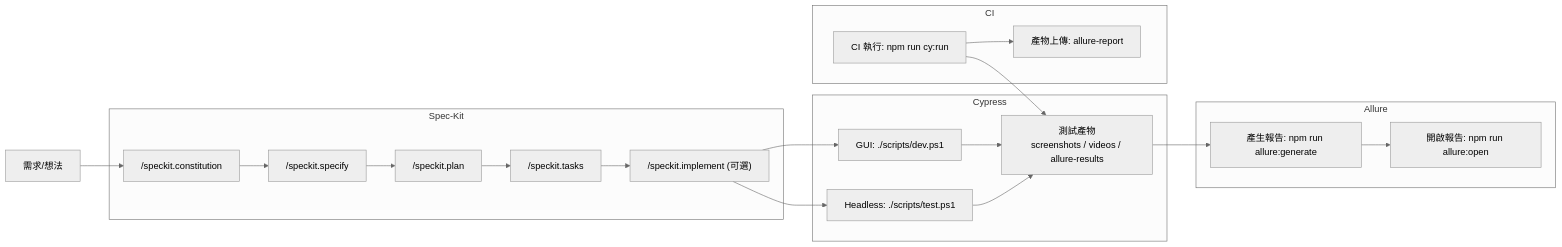
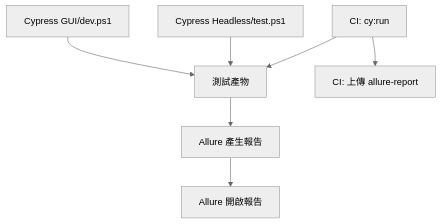
One commit to TITAN0701/Cypress-e2e changed the second of 2 diagrams in README.md. Above: the diagram before and after it, drawn with Mermaid (neutral theme). The commit also changed other lines of this file, not shown here.

Commit message:
更改說明文件 (字太小)

````diff
--- a/README.md
+++ b/README.md
@@ -212,37 +225,9 @@
 ```mermaid
-flowchart LR
-    A["需求/想法"]
-
-    subgraph "Spec-Kit"
-        B["/speckit.constitution"]
-        C["/speckit.specify"]
-        D["/speckit.plan"]
-        E["/speckit.tasks"]
-        F["/speckit.implement (可選)"]
-    end
-
-    subgraph "Cypress"
-        G["GUI: ./scripts/dev.ps1"]
-        H["Headless: ./scripts/test.ps1"]
-        I["測試產物<br/>screenshots / videos / allure-results"]
-    end
-
-    subgraph "Allure"
-        J["產生報告: npm run allure:generate"]
-        K["開啟報告: npm run allure:open"]
-    end
-
-    subgraph "CI"
-        L["CI 執行: npm run cy:run"]
-        M["產物上傳: allure-report"]
-    end
-
-    A --> B --> C --> D --> E --> F
-    F --> G
-    F --> H
-    G --> I
-    H --> I
-    I --> J --> K
-    L --> I
-    L --> M
+flowchart TD
+    A[Cypress GUI/dev.ps1] --> B[測試產物]
+    C[Cypress Headless/test.ps1] --> B
+    B --> D[Allure 產生報告]
+    D --> E[Allure 開啟報告]
+    F[CI: cy:run] --> B
+    F --> G[CI: 上傳 allure-report]
 ```
````
